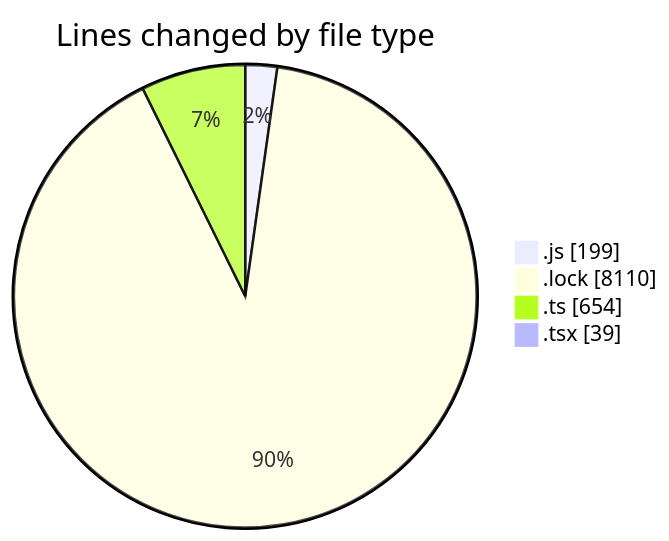
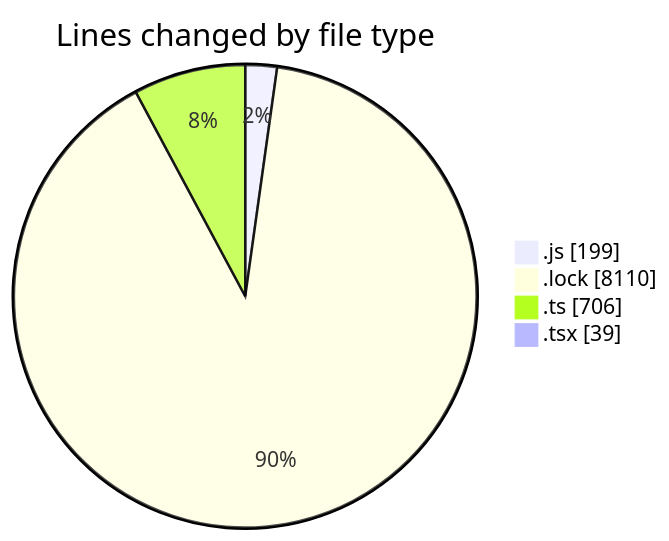
The first of 2 diagrams in 2025-02-07/cda/README.md (momahboobian/code-tracking), drawn with Mermaid before and after one commit. The commit also changed other lines of this file and 1 other file, not shown here.

````diff
--- a/2025-02-07/cda/README.md
+++ b/2025-02-07/cda/README.md
@@ -31,8 +31,8 @@
 ```mermaid
 pie showData
 title Lines changed by file type
 ".js" : 199
 ".lock" : 8110
-".ts" : 654
+".ts" : 706
 ".tsx" : 39
 ```
````
